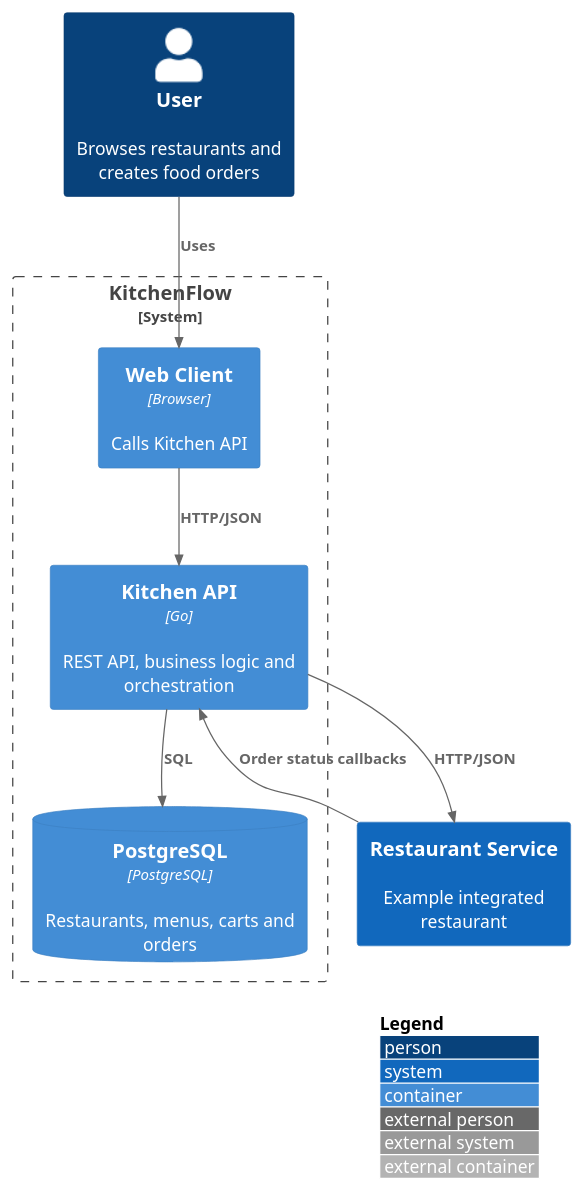
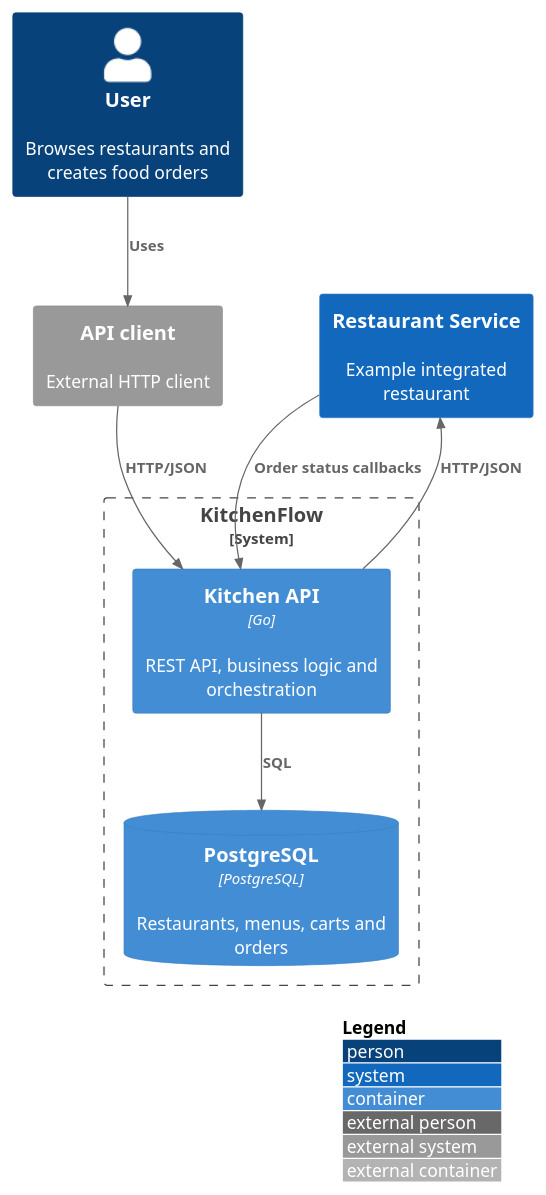
One commit to Aam-Shaegar/kitchenflow changed the diagram in docs/c4-container.puml. Above: the diagram before and after it, drawn with PlantUML. The commit also changed 10 other files, not shown here.

Commit message:
Align API contract, startup guide and architecture with runtime behavior

```diff
--- a/docs/c4-container.puml
+++ b/docs/c4-container.puml
@@ -1,18 +1,18 @@
 @startuml
 !include https://raw.githubusercontent.com/plantuml-stdlib/C4-PlantUML/master/C4_Container.puml
 LAYOUT_WITH_LEGEND()
 
 Person(user, "User", "Browses restaurants and creates food orders")
+System_Ext(web, "API client", "External HTTP client")
 System_Boundary(kitchen, "KitchenFlow") {
-  Container(web, "Web Client", "Browser", "Calls Kitchen API")
   Container(api, "Kitchen API", "Go", "REST API, business logic and orchestration")
   ContainerDb(db, "PostgreSQL", "PostgreSQL", "Restaurants, menus, carts and orders")
 }
 System(restaurant, "Restaurant Service", "Example integrated restaurant")
 
 Rel(user, web, "Uses")
 Rel(web, api, "HTTP/JSON")
 Rel(api, db, "SQL")
 Rel(api, restaurant, "HTTP/JSON")
 Rel(restaurant, api, "Order status callbacks")
 @enduml
```
